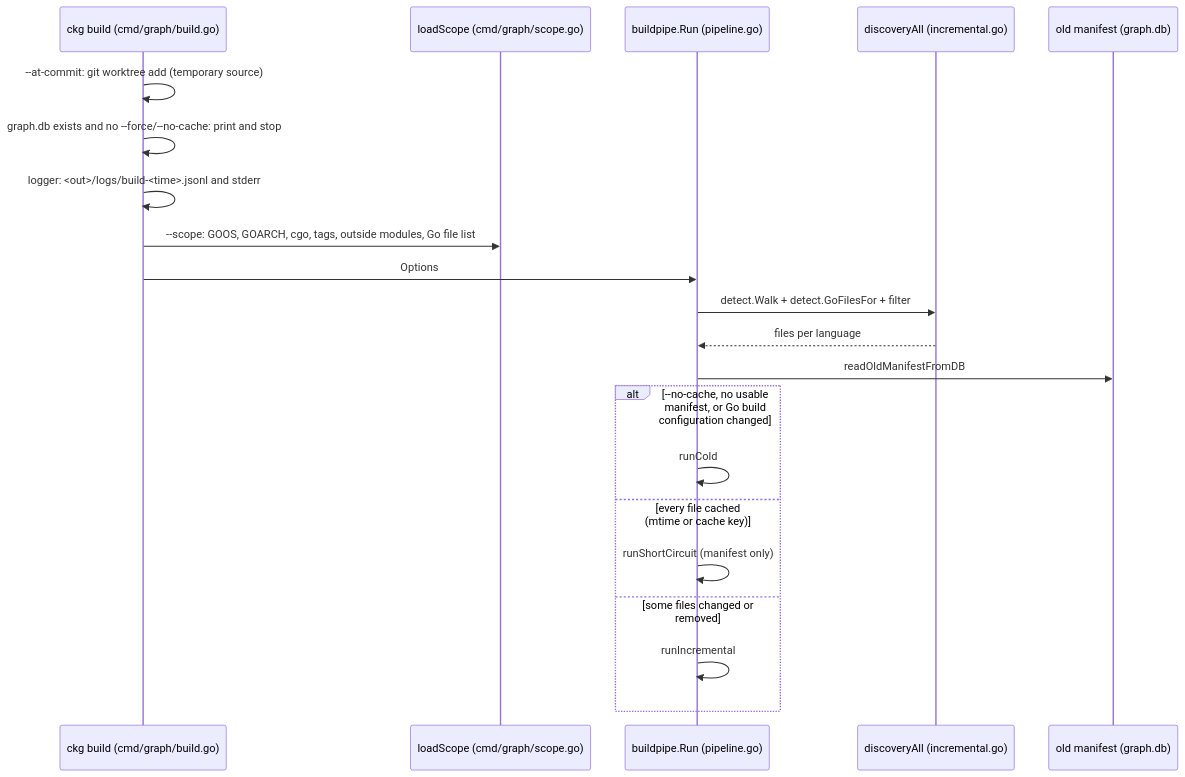
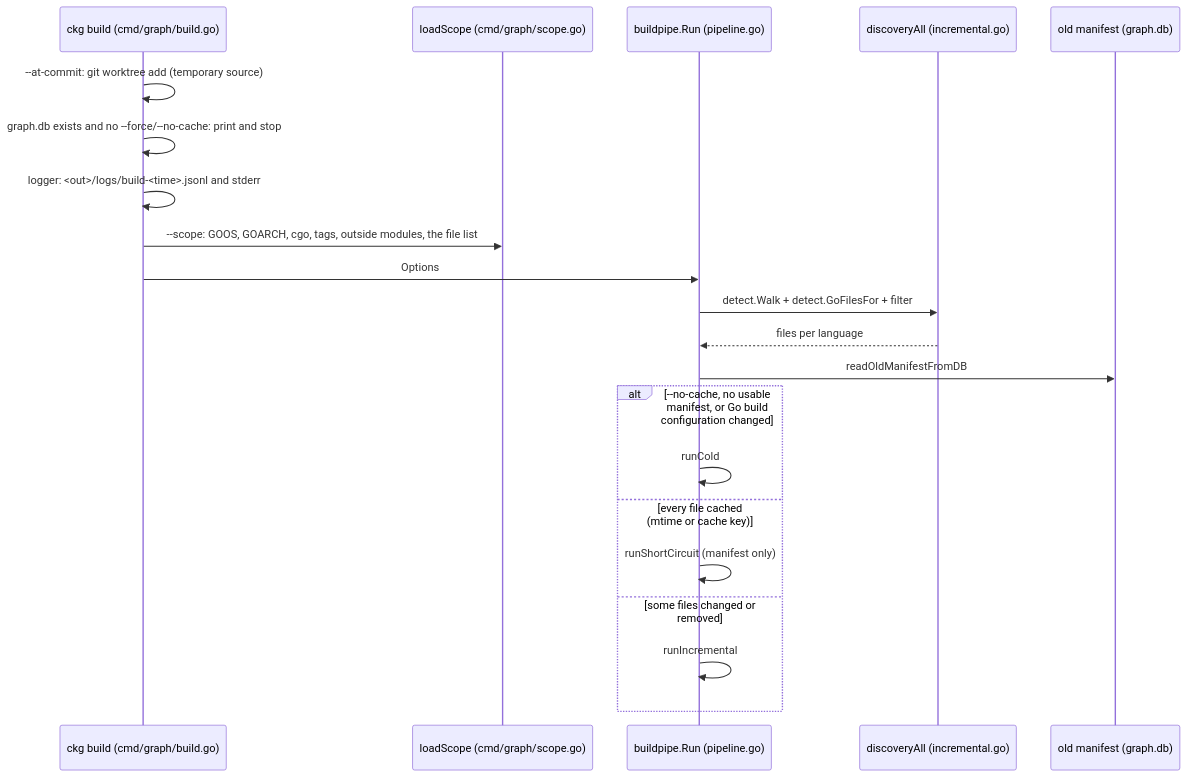
Before and after one commit to 0xmhha/knowledge-system: the second of 8 diagrams in docs/graph/CKG-STRUCTURE.md, drawn with Mermaid. The commit also changed other lines of this file and 34 other files, not shown here.

First line of the commit message:
feat(ckg): extract the build scope from a project profile before every graph build (#159)

````diff
--- a/docs/graph/CKG-STRUCTURE.md
+++ b/docs/graph/CKG-STRUCTURE.md
@@ -54,23 +105,23 @@
 ```mermaid
 sequenceDiagram
   participant U as ckg build (cmd/graph/build.go)
   participant S as loadScope (cmd/graph/scope.go)
   participant R as buildpipe.Run (pipeline.go)
   participant D as discoveryAll (incremental.go)
   participant M as old manifest (graph.db)
   U->>U: --at-commit: git worktree add (temporary source)
   U->>U: graph.db exists and no --force/--no-cache: print and stop
   U->>U: logger: <out>/logs/build-<time>.jsonl and stderr
-  U->>S: --scope: GOOS, GOARCH, cgo, tags, outside modules, Go file list
+  U->>S: --scope: GOOS, GOARCH, cgo, tags, outside modules, the file list
   U->>R: Options
   R->>D: detect.Walk + detect.GoFilesFor + filter
   D-->>R: files per language
   R->>M: readOldManifestFromDB
   alt --no-cache, no usable manifest, or Go build configuration changed
     R->>R: runCold
   else every file cached (mtime or cache key)
     R->>R: runShortCircuit (manifest only)
   else some files changed or removed
     R->>R: runIncremental
   end
 ```
````
